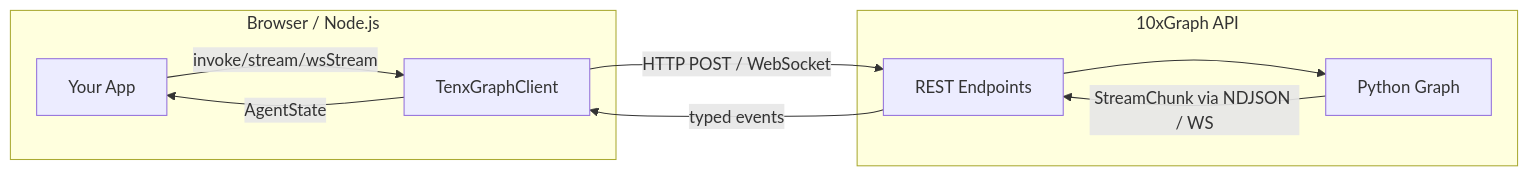
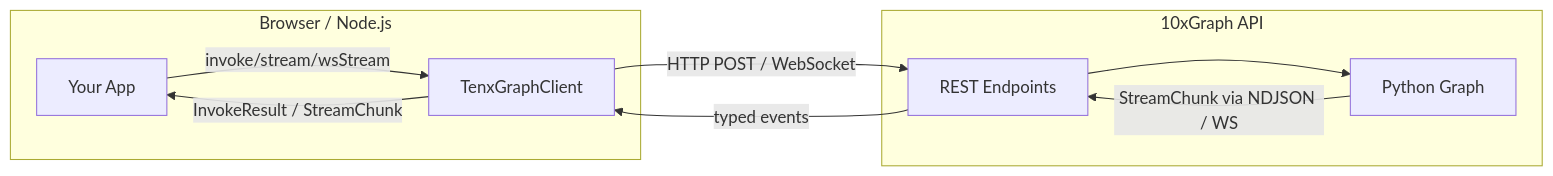
The diagram in src/content/docs/client/index.md (10xHub/agentflow-docs), drawn with Mermaid before and after one commit. The commit also changed other lines of this file and 94 other files, not shown here.

````diff
--- a/src/content/docs/client/index.md
+++ b/src/content/docs/client/index.md
@@ -47,17 +47,17 @@
 ```mermaid
 flowchart LR
   subgraph "Browser / Node.js"
     APP[Your App]
     SDK[TenxGraphClient]
   end
   subgraph "10xGraph API"
     REST["REST Endpoints"]
     GRAPH["Python Graph"]
   end
   APP -->|invoke/stream/wsStream| SDK
   SDK -->|HTTP POST / WebSocket| REST
   REST --> GRAPH
   GRAPH -->|StreamChunk via NDJSON / WS| REST
   REST -->|typed events| SDK
-  SDK -->|AgentState| APP
+  SDK -->|InvokeResult / StreamChunk| APP
 ```
````
